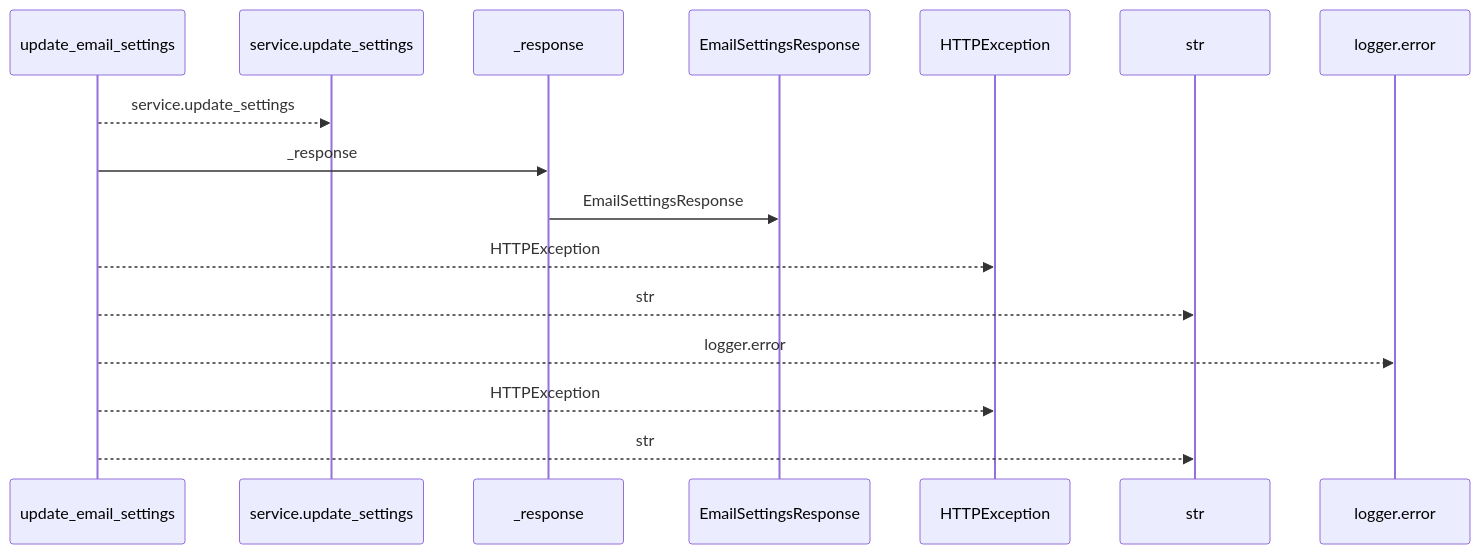
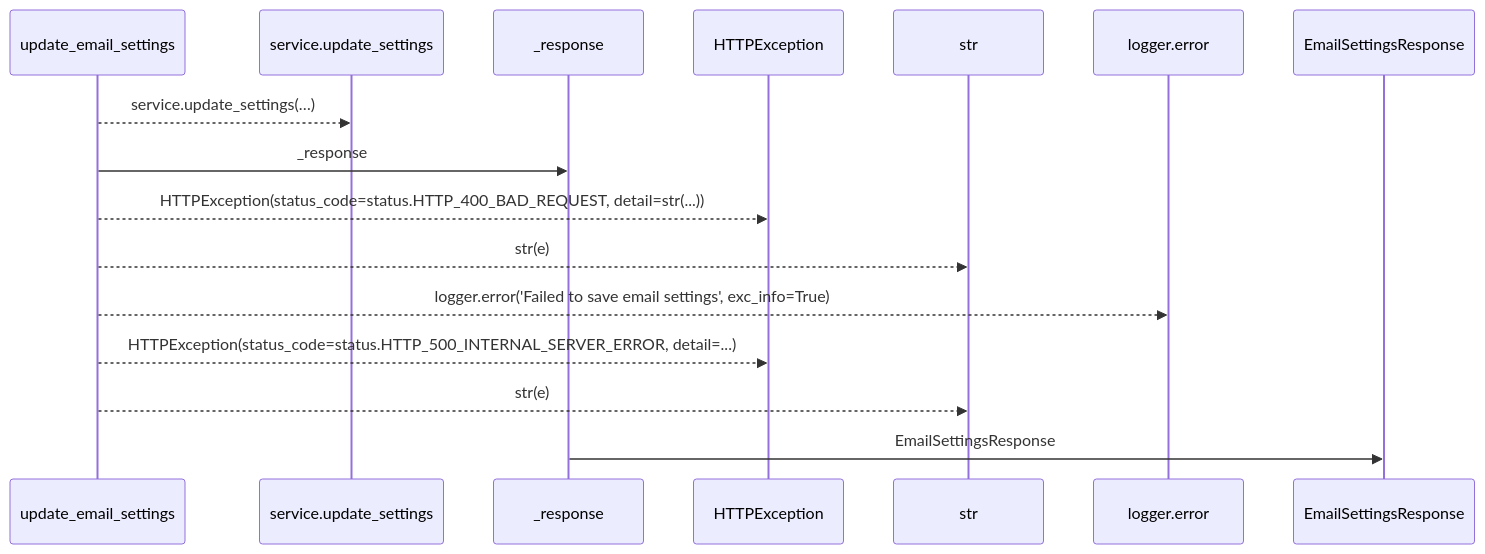
Before and after one commit to Denissvgn/WorkChord: the first of 2 diagrams in docs/llm_wiki/flows/http-update_email_settings.md, drawn with Mermaid. The commit also changed other lines of this file and 25171 other files, not shown here.

````diff
--- a/docs/llm_wiki/flows/http-update_email_settings.md
+++ b/docs/llm_wiki/flows/http-update_email_settings.md
@@ -10,18 +12,18 @@
 ```mermaid
 sequenceDiagram
     participant p0 as update_email_settings
     participant p1 as service.update_settings
     participant p2 as _response
-    participant p3 as EmailSettingsResponse
-    participant p4 as HTTPException
-    participant p5 as str
-    participant p6 as logger.error
-    p0-->>p1: service.update_settings
+    participant p3 as HTTPException
+    participant p4 as str
+    participant p5 as logger.error
+    participant p6 as EmailSettingsResponse
+    p0-->>p1: service.update_settings(…)
     p0->>p2: _response
-    p2->>p3: EmailSettingsResponse
-    p0-->>p4: HTTPException
-    p0-->>p5: str
-    p0-->>p6: logger.error
-    p0-->>p4: HTTPException
-    p0-->>p5: str
+    p0-->>p3: HTTPException(status_code=status.HTTP_400_BAD_REQUEST, detail=str(...))
+    p0-->>p4: str(e)
+    p0-->>p5: logger.error('Failed to save email settings', exc_info=True)
+    p0-->>p3: HTTPException(status_code=status.HTTP_500_INTERNAL_SERVER_ERROR, detail=...)
+    p0-->>p4: str(e)
+    p2->>p6: EmailSettingsResponse
 ```
````
